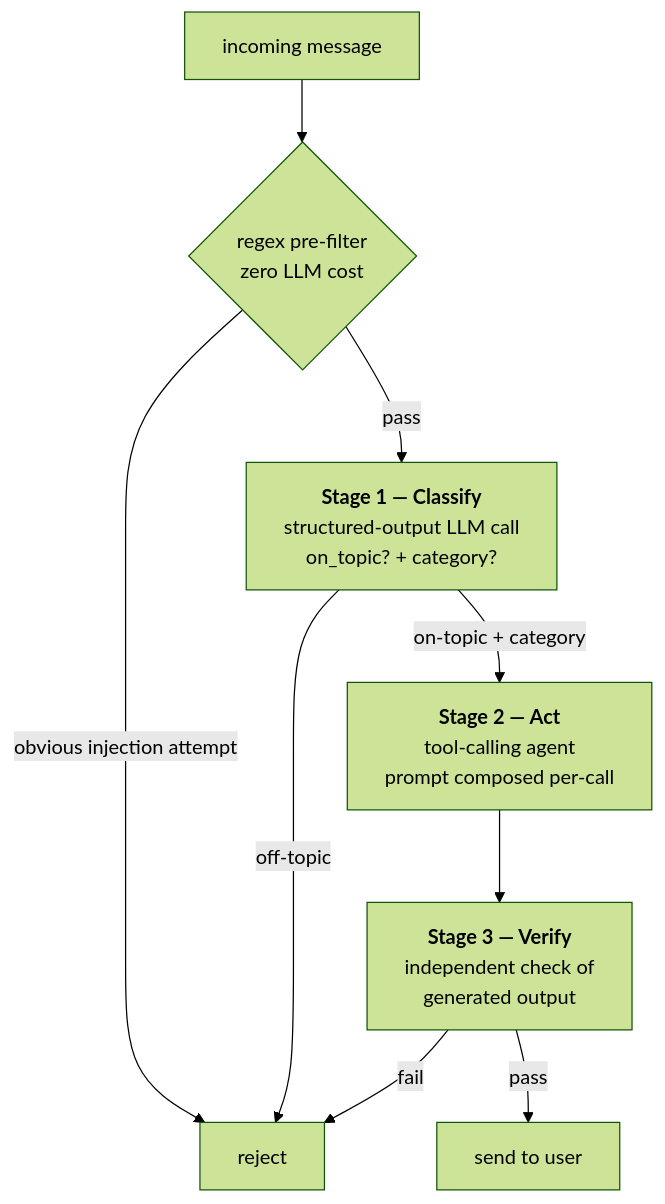
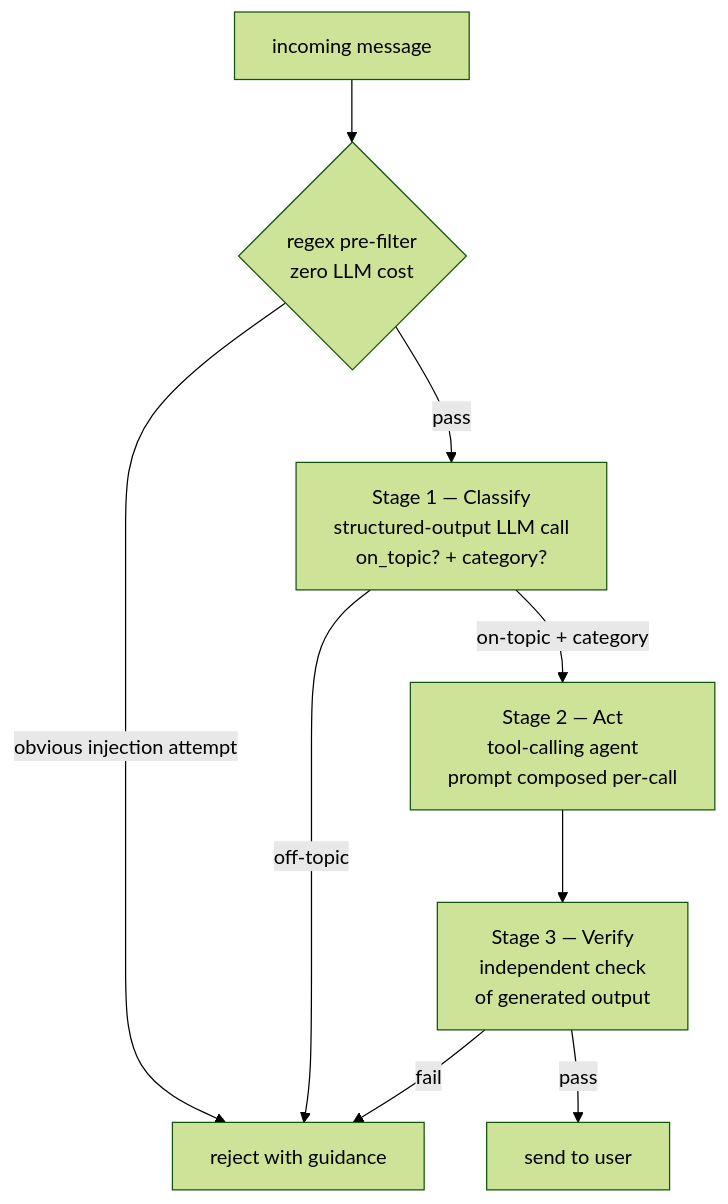
One commit to nankma/argus changed the fourth of 6 diagrams in docs/system-overview.md. Above: the diagram before and after it, drawn with Mermaid (forest theme). The commit also changed other lines of this file and 2 other files, not shown here.

First line of the commit message:
Restructure system overview per review comments

````diff
--- a/docs/system-overview.md
+++ b/docs/system-overview.md
@@ -254,11 +245,11 @@
 ```mermaid
 flowchart TB
     M["incoming message"] --> R{"regex pre-filter<br/>zero LLM cost"}
-    R -->|obvious injection attempt| REJ["reject"]
-    R -->|pass| S1["<b>Stage 1 — Classify</b><br/>structured-output LLM call<br/>on_topic? + category?"]
+    R -->|obvious injection attempt| REJ["reject with guidance"]
+    R -->|pass| S1["Stage 1 — Classify<br/>structured-output LLM call<br/>on_topic? + category?"]
     S1 -->|off-topic| REJ
-    S1 -->|on-topic + category| S2["<b>Stage 2 — Act</b><br/>tool-calling agent<br/>prompt composed per-call"]
-    S2 --> S3["<b>Stage 3 — Verify</b><br/>independent check of<br/>generated output"]
+    S1 -->|on-topic + category| S2["Stage 2 — Act<br/>tool-calling agent<br/>prompt composed per-call"]
+    S2 --> S3["Stage 3 — Verify<br/>independent check<br/>of generated output"]
     S3 -->|fail| REJ
     S3 -->|pass| OUT["send to user"]
 ```
````
